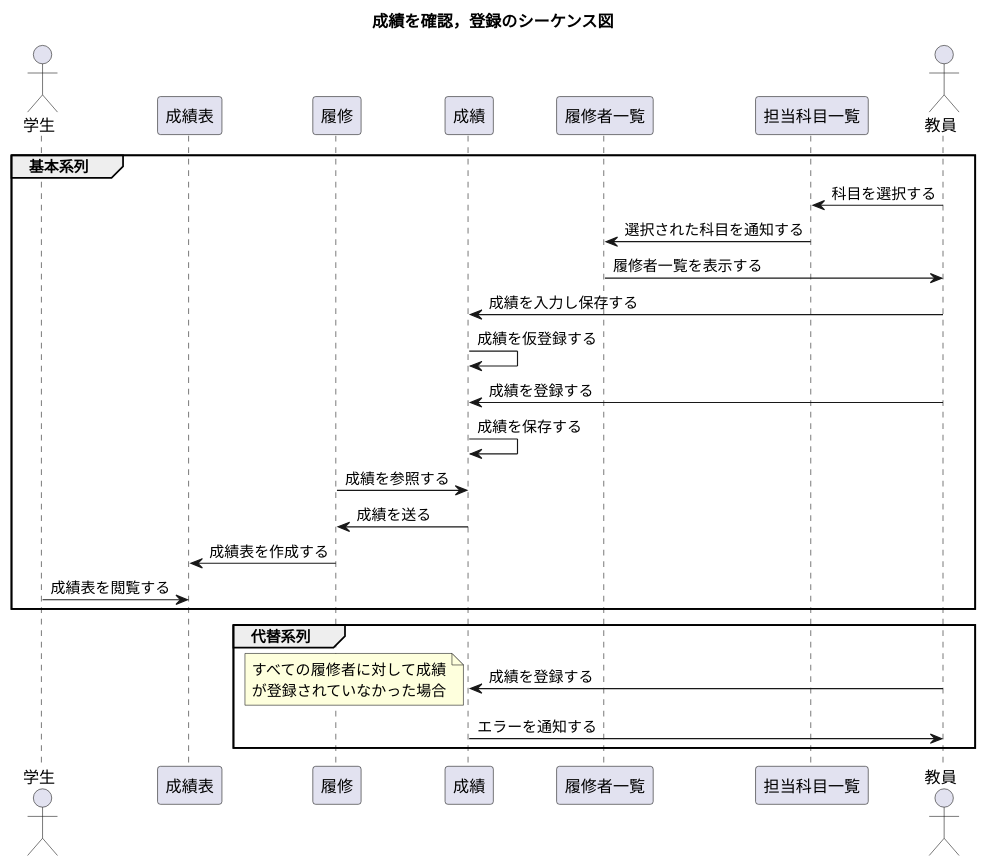
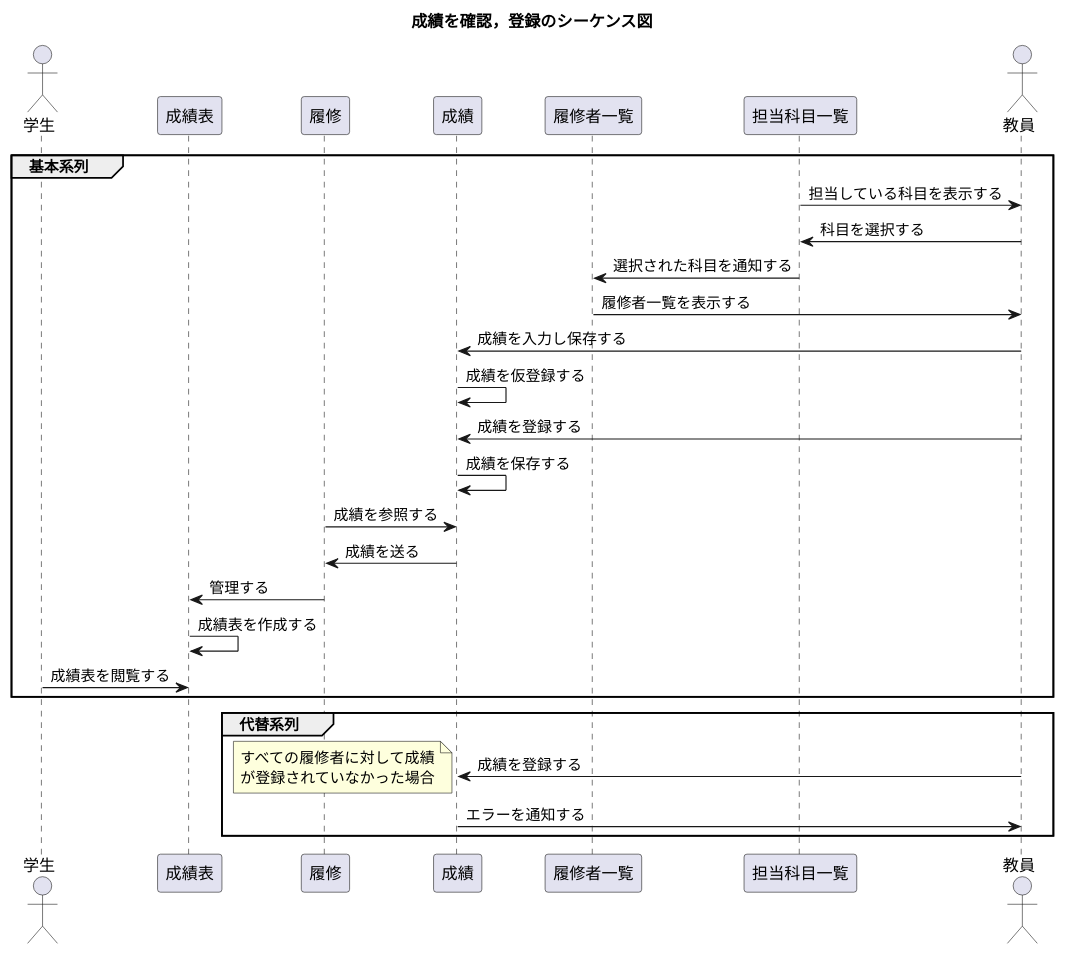
The diagram in uml/15/sequence4.puml (tanusai646/software-desine), drawn with PlantUML before and after one commit. The commit also changed 11 other files, not shown here.

Commit message:
アクティビティ図

```diff
--- a/uml/15/sequence4.puml
+++ b/uml/15/sequence4.puml
@@ -1,35 +1,37 @@
 @startuml 成績を確認するのシーケンス図
 title 成績を確認，登録のシーケンス図
 'クラス等
 actor 学生 as foo1
 participant 成績表 as foo2
 participant 履修 as foo3
 participant 成績 as foo8
 participant 履修者一覧 as foo6
 participant 担当科目一覧 as foo7
 actor 教員 as foo9
 
 group 基本系列
+    foo7 -> foo9 : 担当している科目を表示する
     foo9 -> foo7 : 科目を選択する
     foo7 -> foo6 : 選択された科目を通知する
     foo6 -> foo9 : 履修者一覧を表示する
     foo9 -> foo8 : 成績を入力し保存する
     foo8 -> foo8 : 成績を仮登録する
     foo9 -> foo8 : 成績を登録する
     foo8 -> foo8 : 成績を保存する
     foo3 -> foo8 : 成績を参照する
     foo8 -> foo3 : 成績を送る
-    foo3 -> foo2 : 成績表を作成する
+    foo3 -> foo2 : 管理する
+    foo2 -> foo2 : 成績表を作成する
     foo1 -> foo2 : 成績表を閲覧する
 end
 
 group 代替系列
     foo9 -> foo8 : 成績を登録する
     note left
         すべての履修者に対して成績
         が登録されていなかった場合
     end note
     foo8 -> foo9 : エラーを通知する
 end
 
 @enduml
```
